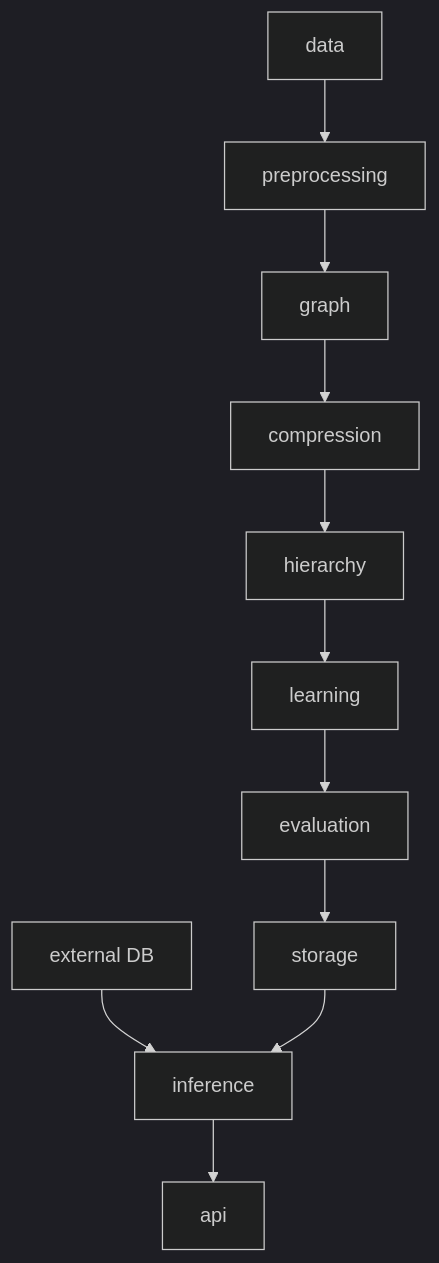
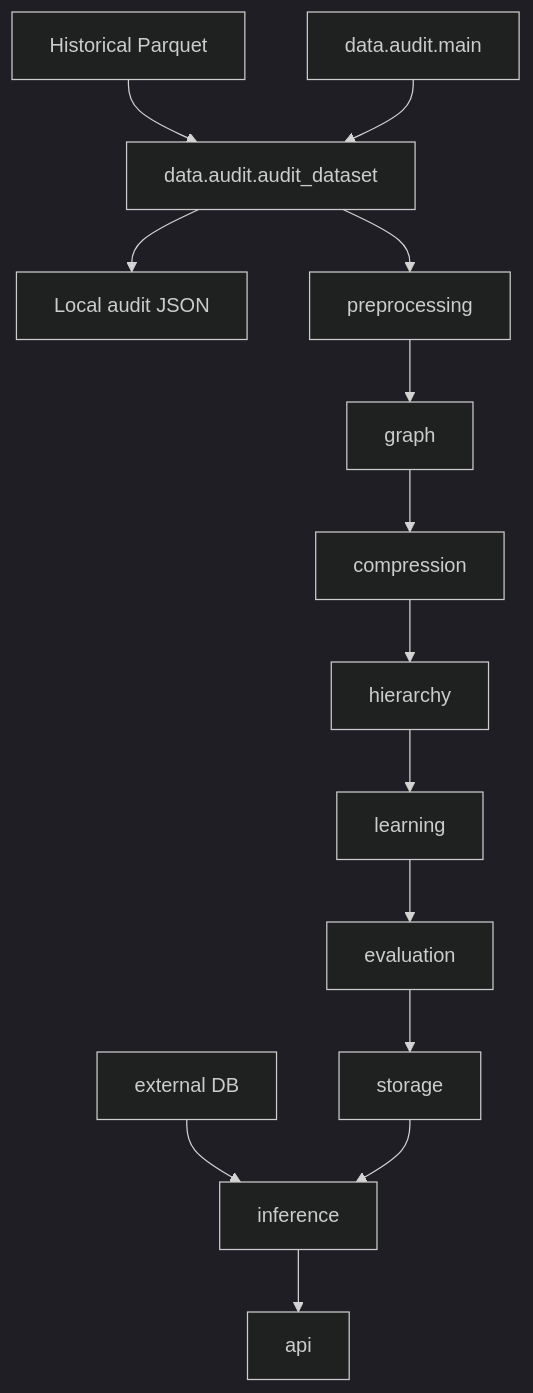
The diagram in docs/knowledge/GRAPH.md (hosseini-milad/siem-anomaly), drawn with Mermaid (dark theme) before and after one commit. The commit also changed other lines of this file, not shown here.

Commit message:
stage1: synchronize docs/knowledge/GRAPH.md

````diff
--- a/docs/knowledge/GRAPH.md
+++ b/docs/knowledge/GRAPH.md
@@ -3,13 +3,16 @@
 ```mermaid
 flowchart TD
- D[data] --> P[preprocessing]
+ R[Historical Parquet] --> D[data.audit.audit_dataset]
+ M[data.audit.main] --> D
+ D --> O[Local audit JSON]
+ D --> P[preprocessing]
  P --> G[graph]
  G --> C[compression]
  C --> H[hierarchy]
  H --> L[learning]
  L --> E[evaluation]
  E --> S[storage]
  X[external DB] --> I[inference]
  S --> I
  I --> A[api]
 ```
````
